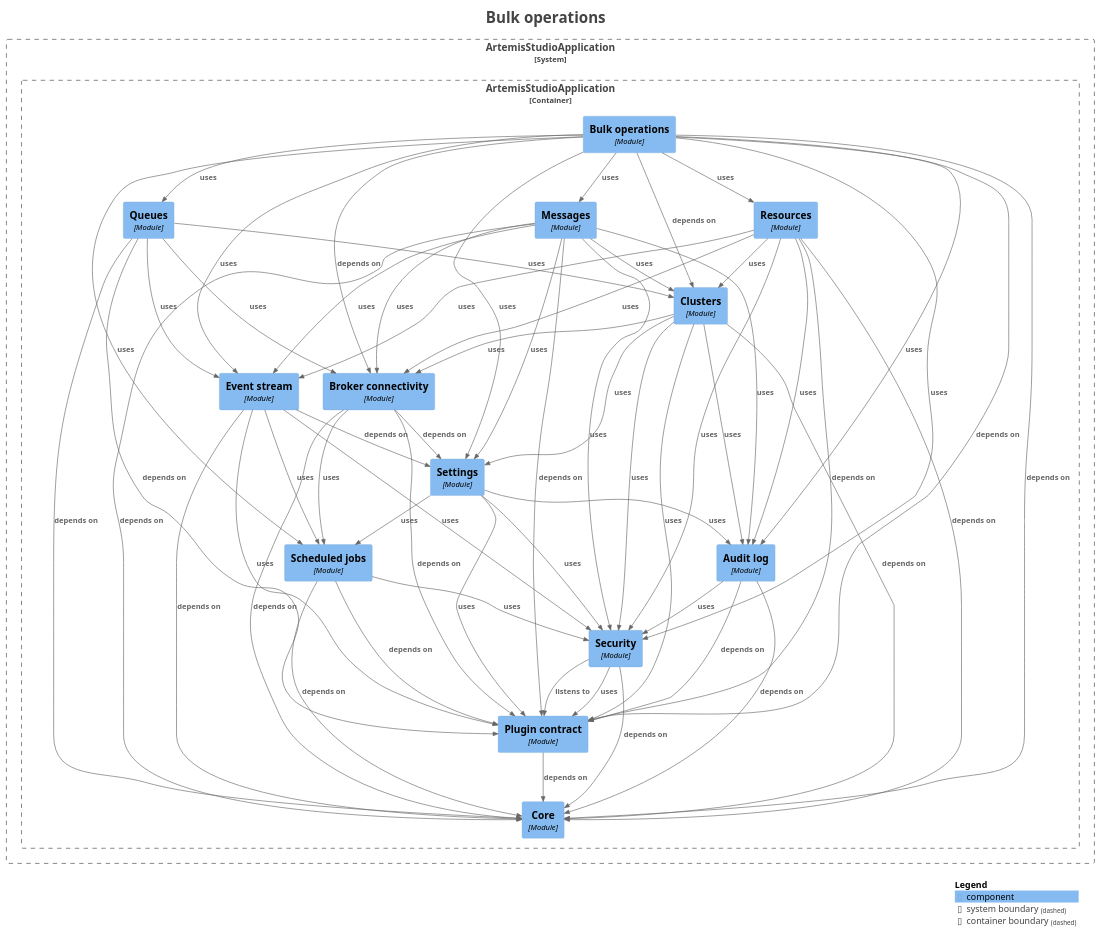
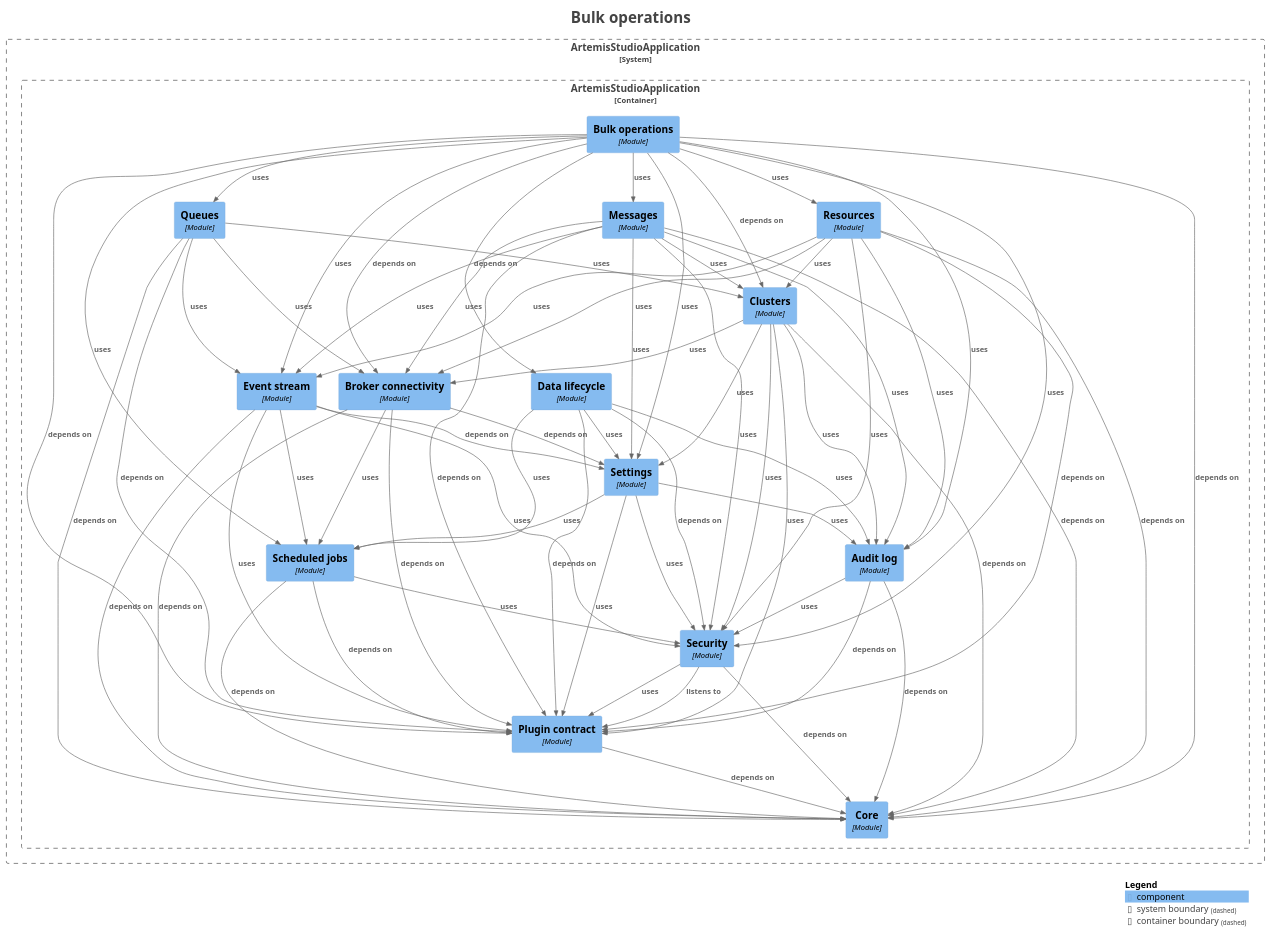
The diagram in docs/modules/module-feature.bulk.puml (sudoitir/artemis-studio), drawn with PlantUML before and after one commit. The commit also changed 96 other files, not shown here.

```diff
--- a/docs/modules/module-feature.bulk.puml
+++ b/docs/modules/module-feature.bulk.puml
@@ -18,6 +18,7 @@
 System_Boundary("ArtemisStudioApplication_boundary", "ArtemisStudioApplication", $tags="") {
   Container_Boundary("ArtemisStudioApplication.ArtemisStudioApplication_boundary", "ArtemisStudioApplication", $tags="") {
     Component(ArtemisStudioApplication.ArtemisStudioApplication.Settings, "Settings", $techn="Module", $descr="", $tags="", $link="")
+    Component(ArtemisStudioApplication.ArtemisStudioApplication.Datalifecycle, "Data lifecycle", $techn="Module", $descr="", $tags="", $link="")
     Component(ArtemisStudioApplication.ArtemisStudioApplication.Eventstream, "Event stream", $techn="Module", $descr="", $tags="", $link="")
     Component(ArtemisStudioApplication.ArtemisStudioApplication.Brokerconnectivity, "Broker connectivity", $techn="Module", $descr="", $tags="", $link="")
     Component(ArtemisStudioApplication.ArtemisStudioApplication.Clusters, "Clusters", $techn="Module", $descr="", $tags="", $link="")
@@ -45,6 +46,7 @@
 Rel(ArtemisStudioApplication.ArtemisStudioApplication.Bulkoperations, ArtemisStudioApplication.ArtemisStudioApplication.Brokerconnectivity, "depends on", $techn="", $tags="", $link="")
 Rel(ArtemisStudioApplication.ArtemisStudioApplication.Bulkoperations, ArtemisStudioApplication.ArtemisStudioApplication.Clusters, "depends on", $techn="", $tags="", $link="")
 Rel(ArtemisStudioApplication.ArtemisStudioApplication.Bulkoperations, ArtemisStudioApplication.ArtemisStudioApplication.Core, "depends on", $techn="", $tags="", $link="")
+Rel(ArtemisStudioApplication.ArtemisStudioApplication.Bulkoperations, ArtemisStudioApplication.ArtemisStudioApplication.Datalifecycle, "depends on", $techn="", $tags="", $link="")
 Rel(ArtemisStudioApplication.ArtemisStudioApplication.Bulkoperations, ArtemisStudioApplication.ArtemisStudioApplication.Eventstream, "uses", $techn="", $tags="", $link="")
 Rel(ArtemisStudioApplication.ArtemisStudioApplication.Bulkoperations, ArtemisStudioApplication.ArtemisStudioApplication.Messages, "uses", $techn="", $tags="", $link="")
 Rel(ArtemisStudioApplication.ArtemisStudioApplication.Bulkoperations, ArtemisStudioApplication.ArtemisStudioApplication.Plugincontract, "depends on", $techn="", $tags="", $link="")
@@ -59,6 +61,11 @@
 Rel(ArtemisStudioApplication.ArtemisStudioApplication.Clusters, ArtemisStudioApplication.ArtemisStudioApplication.Plugincontract, "uses", $techn="", $tags="", $link="")
 Rel(ArtemisStudioApplication.ArtemisStudioApplication.Clusters, ArtemisStudioApplication.ArtemisStudioApplication.Security, "uses", $techn="", $tags="", $link="")
 Rel(ArtemisStudioApplication.ArtemisStudioApplication.Clusters, ArtemisStudioApplication.ArtemisStudioApplication.Settings, "uses", $techn="", $tags="", $link="")
+Rel(ArtemisStudioApplication.ArtemisStudioApplication.Datalifecycle, ArtemisStudioApplication.ArtemisStudioApplication.Auditlog, "uses", $techn="", $tags="", $link="")
+Rel(ArtemisStudioApplication.ArtemisStudioApplication.Datalifecycle, ArtemisStudioApplication.ArtemisStudioApplication.Plugincontract, "depends on", $techn="", $tags="", $link="")
+Rel(ArtemisStudioApplication.ArtemisStudioApplication.Datalifecycle, ArtemisStudioApplication.ArtemisStudioApplication.Scheduledjobs, "uses", $techn="", $tags="", $link="")
+Rel(ArtemisStudioApplication.ArtemisStudioApplication.Datalifecycle, ArtemisStudioApplication.ArtemisStudioApplication.Security, "depends on", $techn="", $tags="", $link="")
+Rel(ArtemisStudioApplication.ArtemisStudioApplication.Datalifecycle, ArtemisStudioApplication.ArtemisStudioApplication.Settings, "uses", $techn="", $tags="", $link="")
 Rel(ArtemisStudioApplication.ArtemisStudioApplication.Eventstream, ArtemisStudioApplication.ArtemisStudioApplication.Core, "depends on", $techn="", $tags="", $link="")
 Rel(ArtemisStudioApplication.ArtemisStudioApplication.Eventstream, ArtemisStudioApplication.ArtemisStudioApplication.Plugincontract, "uses", $techn="", $tags="", $link="")
 Rel(ArtemisStudioApplication.ArtemisStudioApplication.Eventstream, ArtemisStudioApplication.ArtemisStudioApplication.Scheduledjobs, "uses", $techn="", $tags="", $link="")
```
